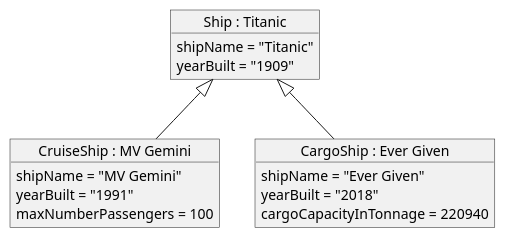
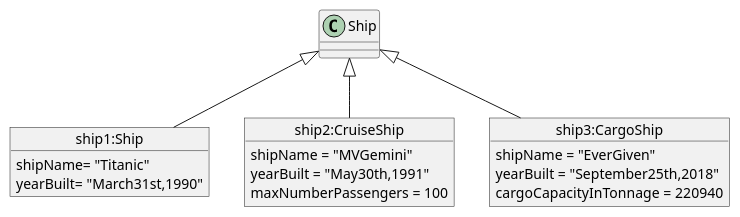
One commit to SubhamCPP/CS5800 changed the diagram in HomeWork03/HomeWork-03/src/Object_Diagram_Part2.puml. Above: the diagram before and after it, drawn with PlantUML. The commit also changed 8 other files, not shown here.

```diff
--- a/HomeWork03/HomeWork-03/src/Object_Diagram_Part2.puml
+++ b/HomeWork03/HomeWork-03/src/Object_Diagram_Part2.puml
@@ -1,23 +1,28 @@
 @startuml
+'https://plantuml.com/class-diagram
 
-object "Ship : Titanic" as Ship1 {
-  shipName = "Titanic"
-  yearBuilt = "1909"
+object "ship1:Ship" as s1{
+    shipName= "Titanic"
+    yearBuilt= "March31st,1990"
 }
 
-object "CruiseShip : MV Gemini" as CruiseShip1 {
-  shipName = "MV Gemini"
-  yearBuilt = "1991"
-  maxNumberPassengers = 100
+object "ship2:CruiseShip" as s2{
+    shipName = "MVGemini"
+    yearBuilt = "May30th,1991"
+    maxNumberPassengers = 100
 }
 
-object "CargoShip : Ever Given" as CargoShip1 {
-  shipName = "Ever Given"
-  yearBuilt = "2018"
-  cargoCapacityInTonnage = 220940
+object "ship3:CargoShip" as s3{
+    shipName = "EverGiven"
+    yearBuilt = "September25th,2018"
+    cargoCapacityInTonnage = 220940
 }
 
-Ship1 <|-- CruiseShip1
-Ship1 <|-- CargoShip1
+class Ship{
+}
+
+Ship <|-- s1
+Ship <|-- s2
+Ship <|-- s3
 
 @enduml
```
